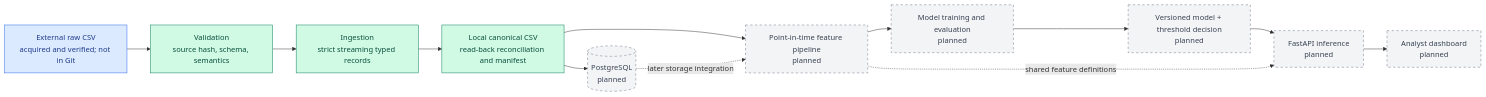
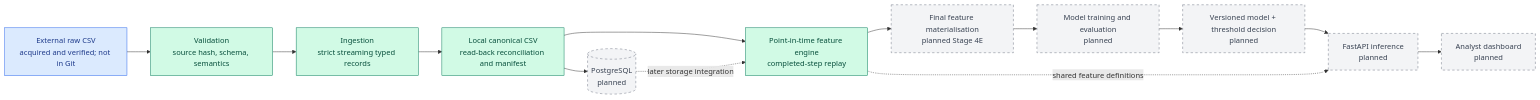
Before and after one commit to Riad905/TransactionShield: the diagram in docs/architecture.md, drawn with Mermaid. The commit also changed other lines of this file and 9 other files, not shown here.

Commit message:
feat: add leakage-safe point-in-time feature engine

````diff
--- a/docs/architecture.md
+++ b/docs/architecture.md
@@ -5,26 +5,27 @@
 ```mermaid
 flowchart LR
     A[External raw CSV<br/>acquired and verified; not in Git]
     B[Ingestion<br/>strict streaming typed records]
     V[Validation<br/>source hash, schema, semantics]
     L[Local canonical CSV<br/>read-back reconciliation and manifest]
     C[(PostgreSQL<br/>planned)]
-    D[Point-in-time feature pipeline<br/>planned]
+    D[Point-in-time feature engine<br/>completed-step replay]
+    M[Final feature materialisation<br/>planned Stage 4E]
     E[Model training and evaluation<br/>planned]
     F[Versioned model + threshold decision<br/>planned]
     G[FastAPI inference<br/>planned]
     H[Analyst dashboard<br/>planned]
 
     A --> V --> B --> L
-    L --> D --> E --> F --> G --> H
+    L --> D --> M --> E --> F --> G --> H
     L --> C
     C -. later storage integration .-> D
     D -. shared feature definitions .-> G
 
     classDef implemented fill:#d1fae5,stroke:#047857,color:#064e3b;
     classDef future fill:#f3f4f6,stroke:#6b7280,color:#374151,stroke-dasharray: 5 5;
     classDef external fill:#dbeafe,stroke:#2563eb,color:#1e3a8a;
-    class B,V,L implemented;
-    class C,D,E,F,G,H future;
+    class B,V,L,D implemented;
+    class C,M,E,F,G,H future;
     class A external;
 ```
````
